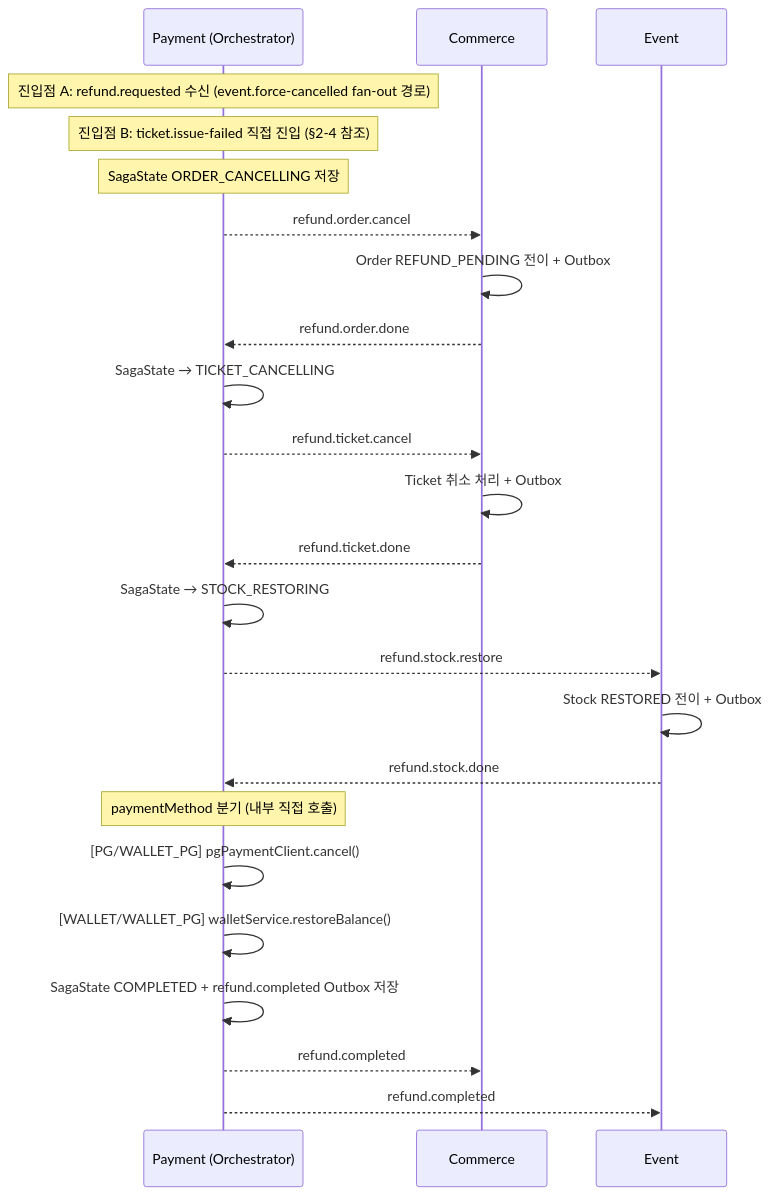
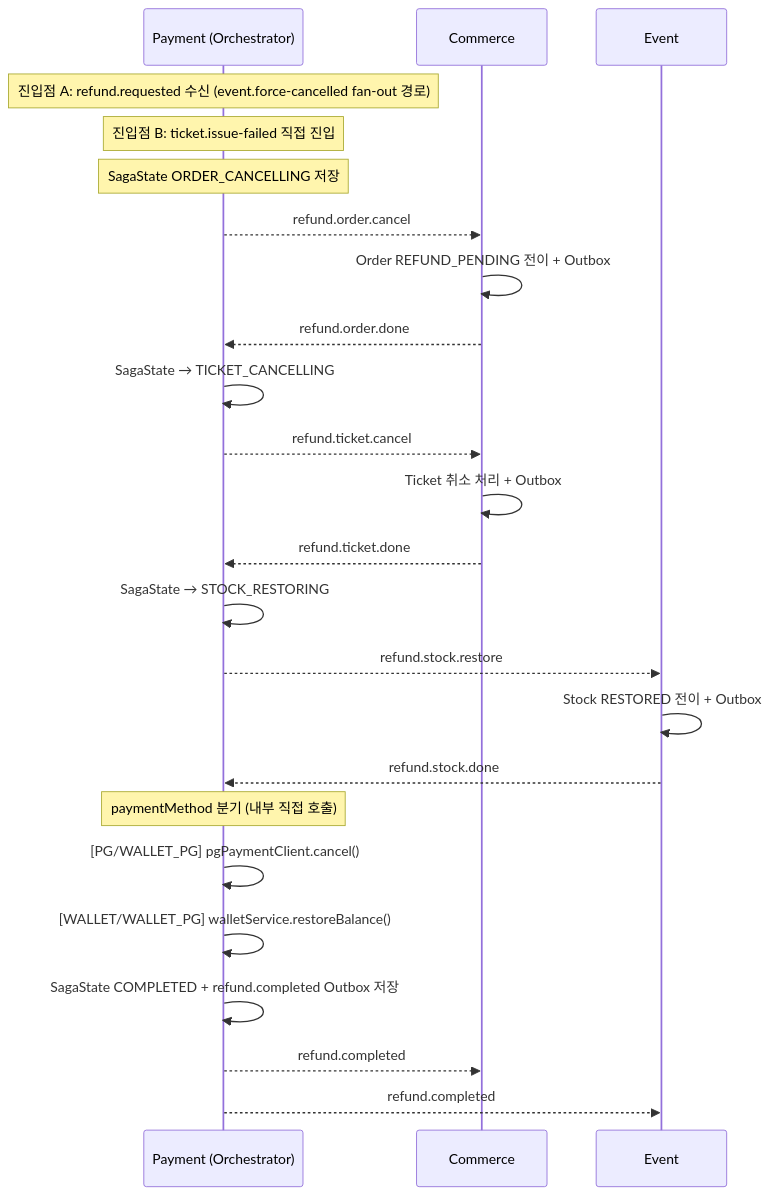
One commit to prgrms-be-adv-devcourse/beadv5_1_HeadbuttingDinosaur_BE changed the seventh of 8 diagrams in docs/kafka/kafka-impl-plan.md. Above: the diagram before and after it, drawn with Mermaid. The commit also changed other lines of this file and 35 other files, not shown here.

````diff
--- a/docs/kafka/kafka-impl-plan.md
+++ b/docs/kafka/kafka-impl-plan.md
@@ -197,31 +197,31 @@
 ```mermaid
 sequenceDiagram
     participant Orchestrator as Payment (Orchestrator)
     participant Commerce
     participant Event
 
     Note over Orchestrator: 진입점 A: refund.requested 수신 (event.force-cancelled fan-out 경로)
-    Note over Orchestrator: 진입점 B: ticket.issue-failed 직접 진입 (§2-4 참조)
+    Note over Orchestrator: 진입점 B: ticket.issue-failed 직접 진입
     Note over Orchestrator: SagaState ORDER_CANCELLING 저장
 
     Orchestrator-->>Commerce: refund.order.cancel
     Commerce->>Commerce: Order REFUND_PENDING 전이 + Outbox
     Commerce-->>Orchestrator: refund.order.done
 
     Orchestrator->>Orchestrator: SagaState → TICKET_CANCELLING
     Orchestrator-->>Commerce: refund.ticket.cancel
     Commerce->>Commerce: Ticket 취소 처리 + Outbox
     Commerce-->>Orchestrator: refund.ticket.done
 
     Orchestrator->>Orchestrator: SagaState → STOCK_RESTORING
     Orchestrator-->>Event: refund.stock.restore
     Event->>Event: Stock RESTORED 전이 + Outbox
     Event-->>Orchestrator: refund.stock.done
 
     Note over Orchestrator: paymentMethod 분기 (내부 직접 호출)
     Orchestrator->>Orchestrator: [PG/WALLET_PG] pgPaymentClient.cancel()
     Orchestrator->>Orchestrator: [WALLET/WALLET_PG] walletService.restoreBalance()
     Orchestrator->>Orchestrator: SagaState COMPLETED + refund.completed Outbox 저장
     Orchestrator-->>Commerce: refund.completed
     Orchestrator-->>Event: refund.completed
 ```
````
